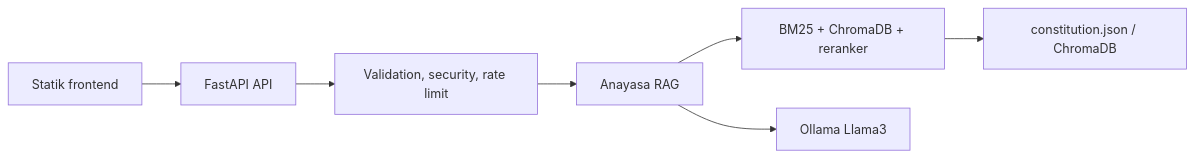
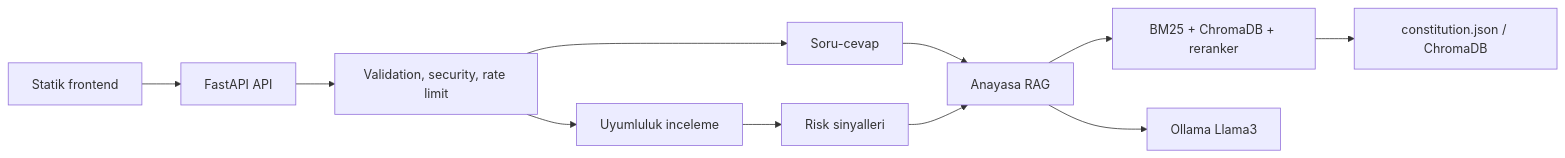
One commit to AybarsBarut/AnayasalRAGai changed the diagram in README.md. Above: the diagram before and after it, drawn with Mermaid. The commit also changed other lines of this file and 17 other files, not shown here.

````diff
--- a/README.md
+++ b/README.md
@@ -28,9 +36,13 @@
 ```mermaid
 flowchart LR
     UI["Statik frontend"] --> API["FastAPI API"]
     API --> SEC["Validation, security, rate limit"]
-    SEC --> RAG["Anayasa RAG"]
+    SEC --> CHAT["Soru-cevap"]
+    SEC --> ANALYZE["Uyumluluk inceleme"]
+    ANALYZE --> SIGNAL["Risk sinyalleri"]
+    CHAT --> RAG["Anayasa RAG"]
+    SIGNAL --> RAG
     RAG --> RET["BM25 + ChromaDB + reranker"]
     RET --> DATA["constitution.json / ChromaDB"]
     RAG --> LLM["Ollama Llama3"]
 ```
````
